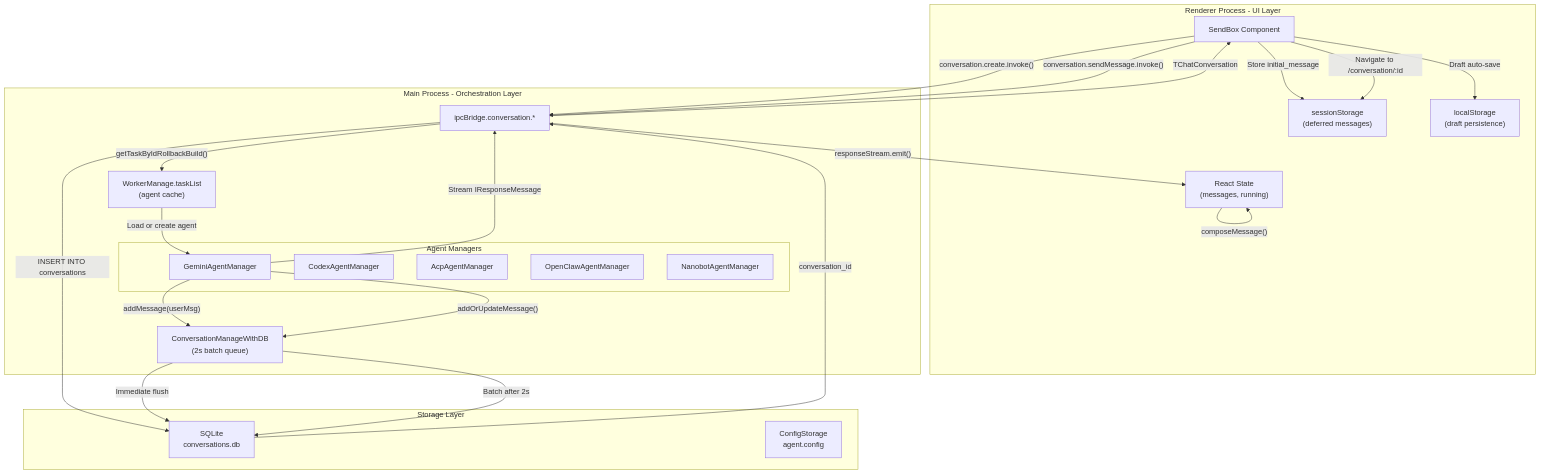
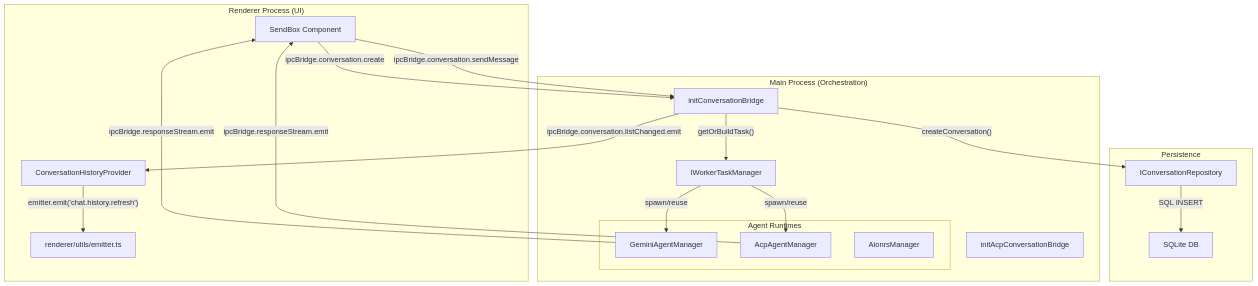
The first of 2 diagrams in docs/iOfficeAI_AionUi/data-flow-and-state-management/index.md (blackcater/zentree), drawn with Mermaid before and after one commit. The commit also changed other lines of this file and 232 other files, not shown here.

````diff
--- a/docs/iOfficeAI_AionUi/data-flow-and-state-management/index.md
+++ b/docs/iOfficeAI_AionUi/data-flow-and-state-management/index.md
@@ -35,52 +44,40 @@
 ```mermaid
 graph TB
-    subgraph "Renderer Process - UI Layer"
+    subgraph "Renderer Process (UI)"
         SendBox["SendBox Component"]
-        SessionStorage["sessionStorage<br/>(deferred messages)"]
-        LocalStorage["localStorage<br/>(draft persistence)"]
-        ReactState["React State<br/>(messages, running)"]
+        HistoryContext["ConversationHistoryProvider"]
+        Emitter["renderer/utils/emitter.ts"]
     end
-
-    subgraph "Main Process - Orchestration Layer"
-        IPCBridge["ipcBridge.conversation.*"]
-        WorkerManage["WorkerManage.taskList<br/>(agent cache)"]
-        MessageQueue["ConversationManageWithDB<br/>(2s batch queue)"]
-
-        subgraph "Agent Managers"
+    
+    subgraph "Main Process (Orchestration)"
+        ConvBridge["initConversationBridge"]
+        AcpBridge["initAcpConversationBridge"]
+        WorkerManage["IWorkerTaskManager"]
+        
+        subgraph "Agent Runtimes"
             GeminiMgr["GeminiAgentManager"]
-            CodexMgr["CodexAgentManager"]
             AcpMgr["AcpAgentManager"]
-            OpenClawMgr["OpenClawAgentManager"]
-            NanobotMgr["NanobotAgentManager"]
+            AionrsMgr["AionrsManager"]
         end
     end
-
-    subgraph "Storage Layer"
-        DB["SQLite<br/>conversations.db"]
-        ConfigFiles["ConfigStorage<br/>agent.config"]
+    
+    subgraph "Persistence"
+        ConvRepo["IConversationRepository"]
+        SQLite["SQLite DB"]
     end
-
-    SendBox -->|"conversation.create.invoke()"| IPCBridge
-    IPCBridge -->|"INSERT INTO conversations"| DB
-    DB -->|"conversation_id"| IPCBridge
-    IPCBridge -->|"TChatConversation"| SendBox
-
-    SendBox -->|"Store initial_message"| SessionStorage
-    SendBox -->|"Navigate to /conversation/:id"| SessionStorage
-
-    SendBox -->|"conversation.sendMessage.invoke()"| IPCBridge
-    IPCBridge -->|"getTaskByIdRollbackBuild()"| WorkerManage
-    WorkerManage -->|"Load or create agent"| GeminiMgr
-
-    GeminiMgr -->|"addMessage(userMsg)"| MessageQueue
-    MessageQueue -->|"Immediate flush"| DB
-
-    GeminiMgr -->|"Stream IResponseMessage"| IPCBridge
-    IPCBridge -->|"responseStream.emit()"| ReactState
-
-    GeminiMgr -->|"addOrUpdateMessage()"| MessageQueue
-    MessageQueue -->|"Batch after 2s"| DB
-
-    ReactState -->|"composeMessage()"| ReactState
-    SendBox -->|"Draft auto-save"| LocalStorage
+    
+    SendBox -->|"ipcBridge.conversation.create"| ConvBridge
+    ConvBridge -->|"createConversation()"| ConvRepo
+    ConvRepo -->|"SQL INSERT"| SQLite
+    
+    SendBox -->|"ipcBridge.conversation.sendMessage"| ConvBridge
+    ConvBridge -->|"getOrBuildTask()"| WorkerManage
+    WorkerManage -->|"spawn/reuse"| GeminiMgr
+    WorkerManage -->|"spawn/reuse"| AcpMgr
+    
+    GeminiMgr -->|"ipcBridge.responseStream.emit"| SendBox
+    AcpMgr -->|"ipcBridge.responseStream.emit"| SendBox
+    
+    ConvBridge -->|"ipcBridge.conversation.listChanged.emit"| HistoryContext
+    HistoryContext -->|"emitter.emit('chat.history.refresh')"| Emitter
 ```
````
